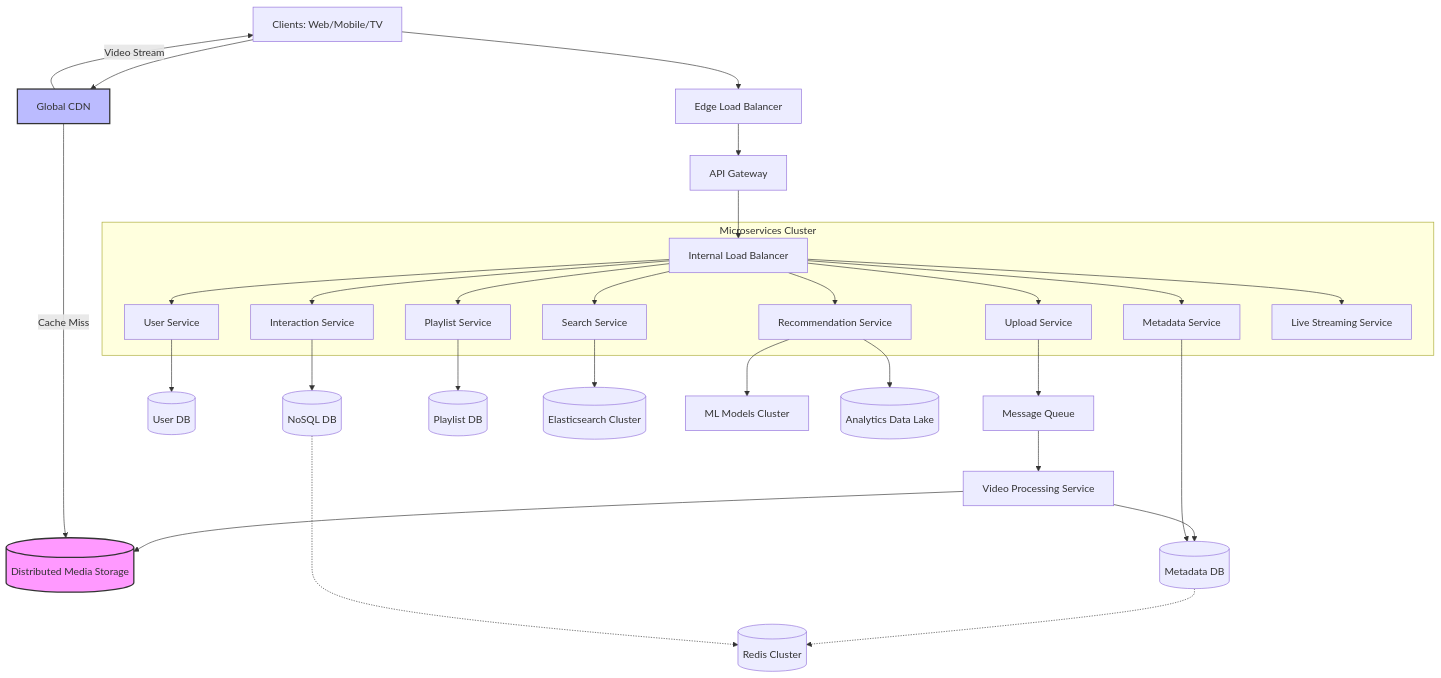
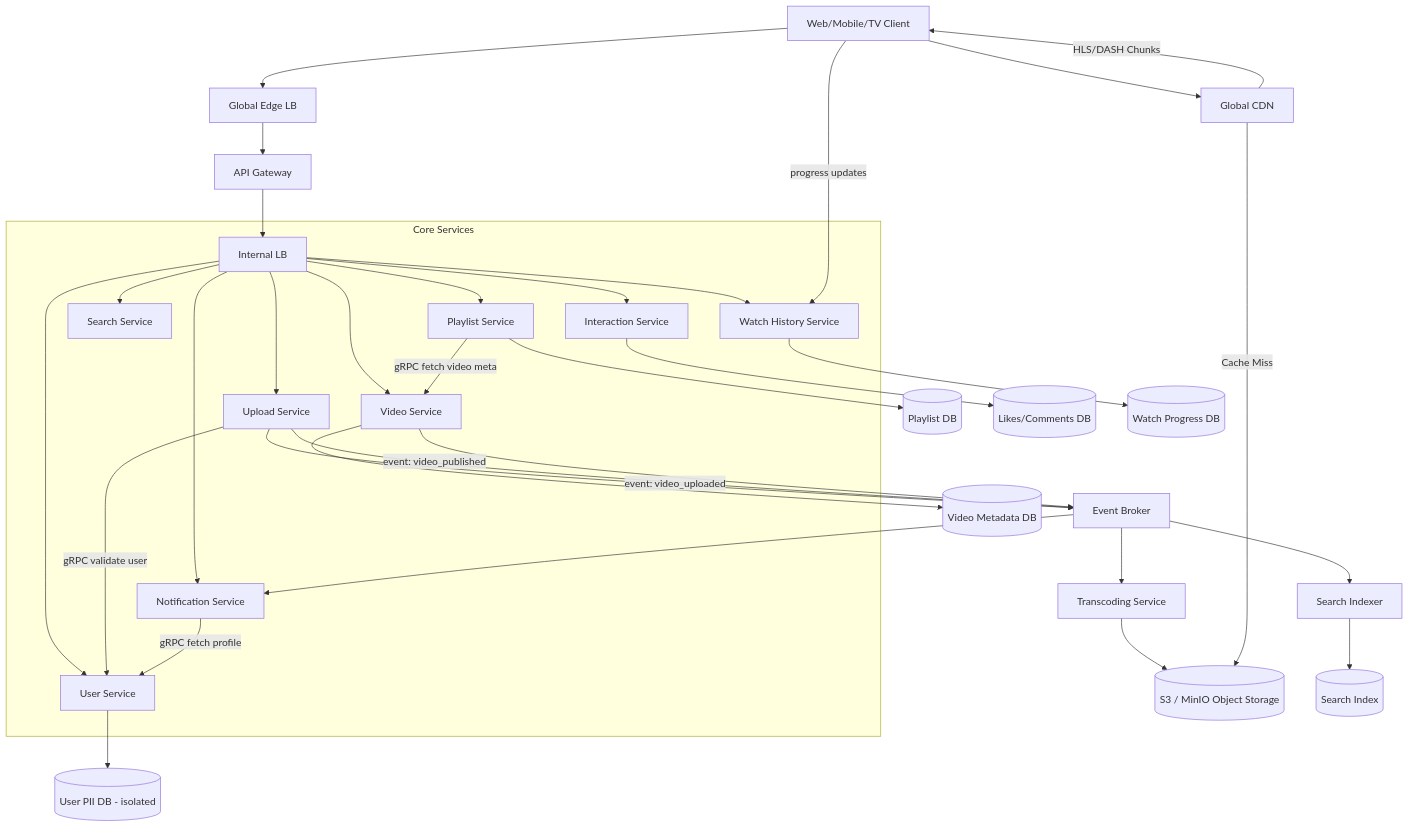
The first of 2 diagrams in backend/system-design/Consumer-ScaleSystem & Real-Time Features/Design YouTube /READMEru.md (jwm1rr0rb10/FAANG-MANGO-interview), drawn with Mermaid before and after one commit.

Commit message:
[FAANG/MANGO ] feat: upload new topics for system design and algo, bit manipulation and cryptography

````diff
--- a/backend/system-design/Consumer-ScaleSystem & Real-Time Features/Design YouTube /READMEru.md
+++ b/backend/system-design/Consumer-ScaleSystem & Real-Time Features/Design YouTube /READMEru.md
@@ -77,46 +77,57 @@
 ```mermaid
 graph TD
-    Client[Clients: Web/Mobile/TV] --> EdgeLB[Edge Load Balancer]
+    Client[Web/Mobile/TV Client]
+
+    %% Edge Layer
+    Client --> EdgeLB[Global Edge LB]
+    Client --> CDN[Global CDN]
+
     EdgeLB --> APIGW[API Gateway]
+    APIGW --> InternalLB[Internal LB]
 
-    APIGW --> InternalLB[Internal Load Balancer]
-
-    subgraph "Microservices Cluster"
-        InternalLB --> Upload[Upload Service]
-        InternalLB --> Meta[Metadata Service]
-        InternalLB --> User[User Service]
-        InternalLB --> Interaction[Interaction Service]
-        InternalLB --> Playlist[Playlist Service]
-        InternalLB --> Search[Search Service]
-        InternalLB --> Rec[Recommendation Service]
-        InternalLB --> Live[Live Streaming Service]
+    %% Core Services
+    subgraph Core Services
+        InternalLB --> UploadSvc[Upload Service]
+        InternalLB --> VideoSvc[Video Service]
+        InternalLB --> UserSvc[User Service]
+        InternalLB --> PlaylistSvc[Playlist Service]
+        InternalLB --> SearchSvc[Search Service]
+        InternalLB --> InteractionSvc[Interaction Service]
+        InternalLB --> NotificationSvc[Notification Service]
+        InternalLB --> WatchHistorySvc[Watch History Service]
     end
 
-    %% Upload pipeline
-    Upload --> Queue[Message Queue]
-    Queue --> Processor[Video Processing Service]
-    Processor --> MediaStorage[(Distributed Media Storage)]
-    Processor --> MetaDB[(Metadata DB)]
+    %% Storage Isolation
+    UserSvc --> UserDB[(User PII DB - isolated)]
+    VideoSvc --> VideoMetaDB[(Video Metadata DB)]
+    PlaylistSvc --> PlaylistDB[(Playlist DB)]
+    InteractionSvc --> InteractionDB[(Likes/Comments DB)]
+    WatchHistorySvc --> HistoryDB[(Watch Progress DB)]
 
-    %% Video delivery path
-    Client --> CDN[Global CDN]
-    CDN -->|Cache Miss| MediaStorage
-    CDN -->|Video Stream| Client
+    %% Media Storage
+    UploadSvc --> Broker[Event Broker]
+    Broker --> Transcoder[Transcoding Service]
+    Transcoder --> ObjectStore[(S3 / MinIO Object Storage)]
 
-    %% Data services
-    Meta --> MetaDB
-    User --> UserDB[(User DB)]
-    Interaction --> NoSQL[(NoSQL DB)]
-    Playlist --> PlaylistDB[(Playlist DB)]
-    Search --> Elastic[(Elasticsearch Cluster)]
-    Rec --> ML[ML Models Cluster]
-    Rec --> Analytics[(Analytics Data Lake)]
+    CDN -->|Cache Miss| ObjectStore
+    CDN -->|HLS/DASH Chunks| Client
 
-    %% Cache layer
-    MetaDB -.-> Redis[(Redis Cluster)]
-    NoSQL -.-> Redis
+    %% Inter-service Communication
+    UploadSvc -->|gRPC validate user| UserSvc
+    UploadSvc -->|event: video_uploaded| Broker
+    Broker --> NotificationSvc
+    NotificationSvc -->|gRPC fetch profile| UserSvc
 
-    style MediaStorage fill:#f9f,stroke:#333,stroke-width:2px
-    style CDN fill:#bbf,stroke:#333,stroke-width:2px
+    %% Search indexing
+    VideoSvc -->|event: video_published| Broker
+    Broker --> SearchIndexer[Search Indexer]
+    SearchIndexer --> Elastic[(Search Index)]
+
+    %% Playlist composition
+    PlaylistSvc -->|gRPC fetch video meta| VideoSvc
+
+    %% Watch resume
+    Client -->|progress updates| WatchHistorySvc
+
 
 ```
````
